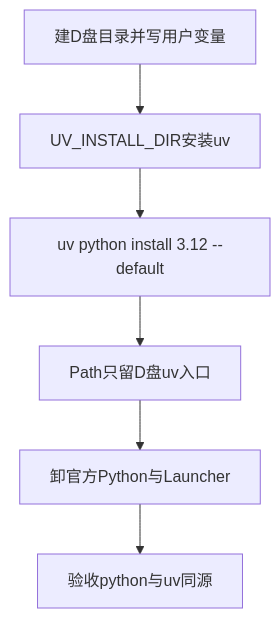
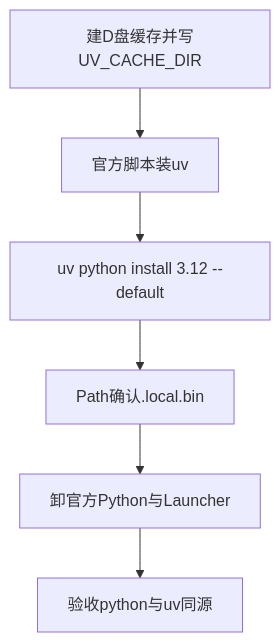
Before and after one commit to zheyi420/Dev-Wiki: the diagram in Language/Python/Windows-uv-Python-环境配置.md, drawn with Mermaid. The commit also changed other lines of this file and 5 other files, not shown here.

````diff
--- a/Language/Python/Windows-uv-Python-环境配置.md
+++ b/Language/Python/Windows-uv-Python-环境配置.md
@@ -76,10 +74,10 @@
 ```mermaid
 flowchart TB
-  dirs[建D盘目录并写用户变量]
-  installUv[UV_INSTALL_DIR安装uv]
+  cacheDir[建D盘缓存并写UV_CACHE_DIR]
+  installUv[官方脚本装uv]
   installPy[uv python install 3.12 --default]
-  cutPath[Path只留D盘uv入口]
+  cutPath[Path确认.local.bin]
   uninstall[卸官方Python与Launcher]
   verify[验收python与uv同源]
-  dirs --> installUv --> installPy --> cutPath --> uninstall --> verify
+  cacheDir --> installUv --> installPy --> cutPath --> uninstall --> verify
 ```
````
